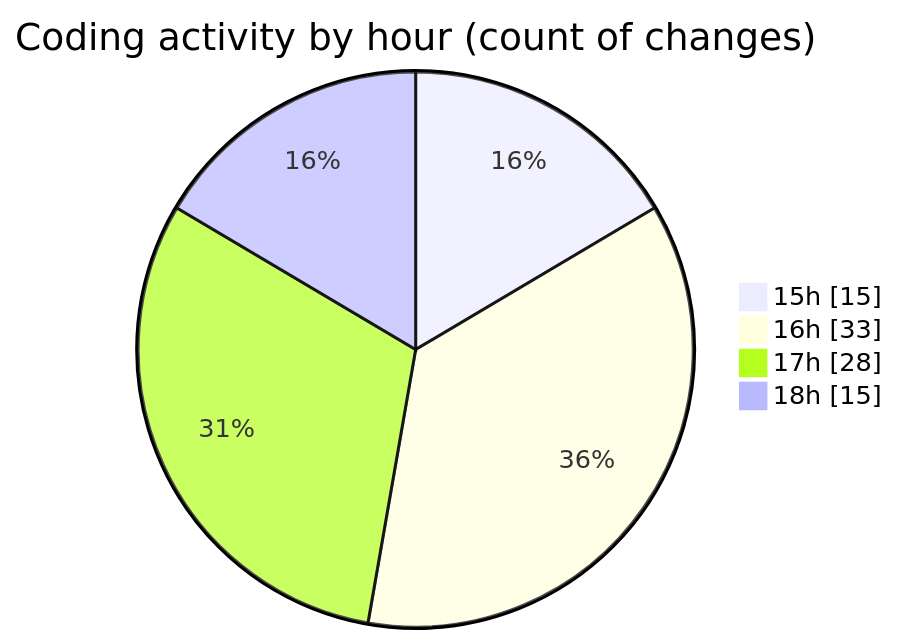
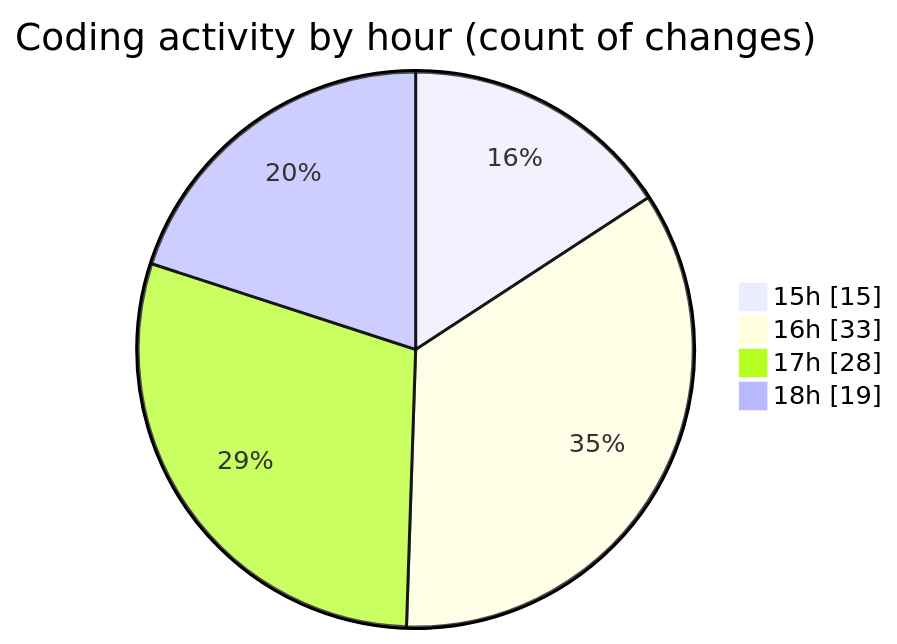
The second of 2 diagrams in 2025-02-25/trackers_app/README.md (donsfak/code-tracking), drawn with Mermaid before and after one commit. The commit also changed other lines of this file and 1 other file, not shown here.

````diff
--- a/2025-02-25/trackers_app/README.md
+++ b/2025-02-25/trackers_app/README.md
@@ -40,8 +40,8 @@
 ```mermaid
 pie showData
 title Coding activity by hour (count of changes)
 "15h" : 15
 "16h" : 33
 "17h" : 28
-"18h" : 15
+"18h" : 19
 ```
````
